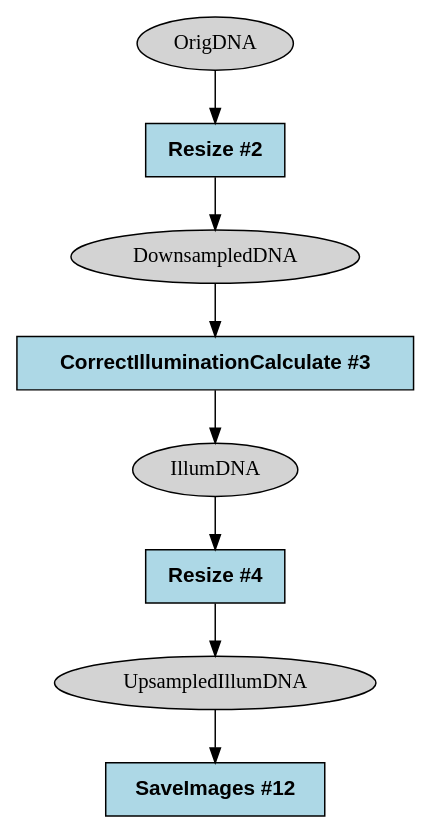
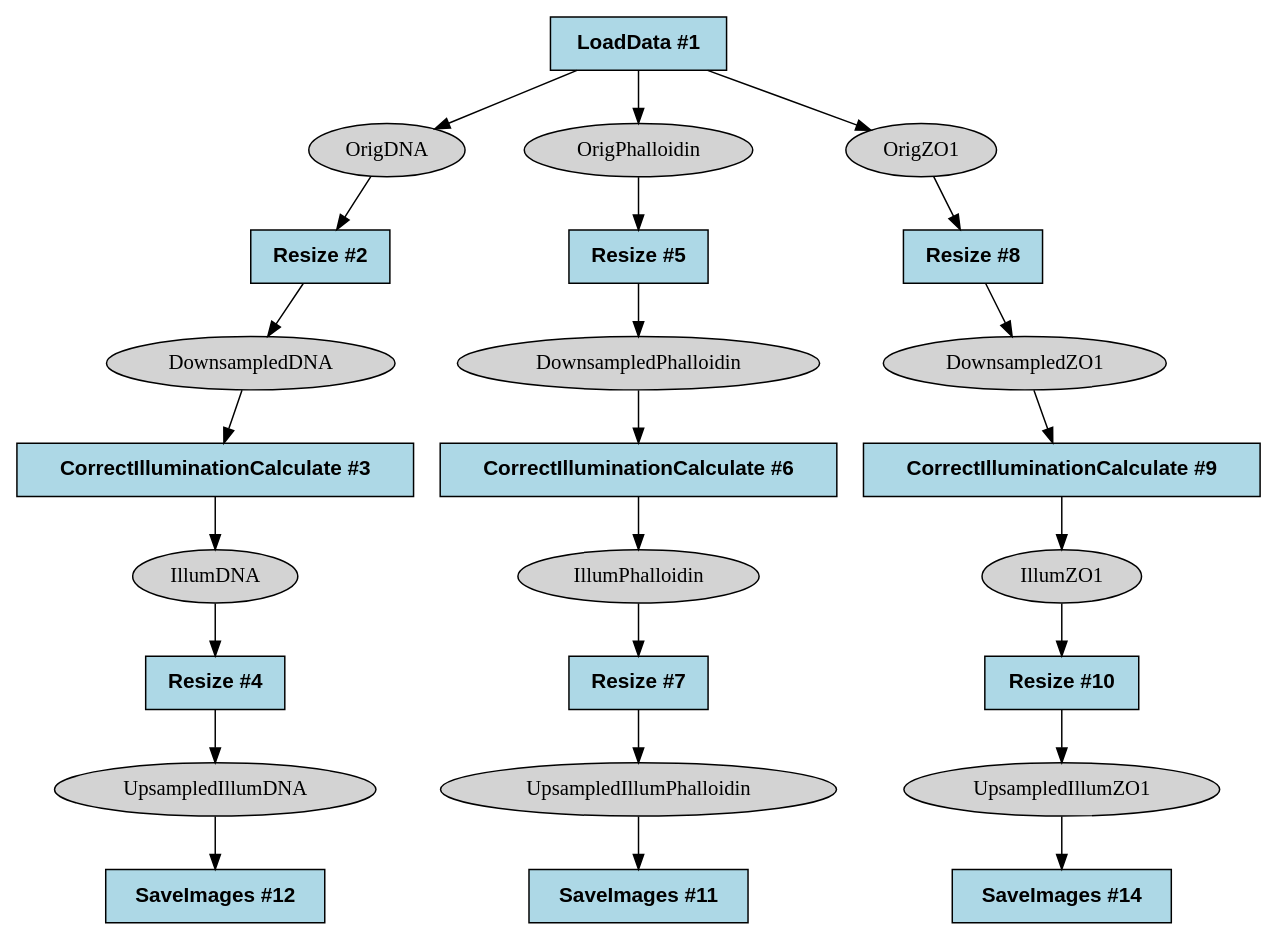
Before and after one commit to shntnu/cp_graph: the diagram in examples/output/illum_filtered.dot, drawn with Graphviz. The commit also changed 13 other files, not shown here.

```diff
--- a/examples/output/illum_filtered.dot
+++ b/examples/output/illum_filtered.dot
@@ -1,17 +1,51 @@
 strict digraph {
+CorrectIlluminationCalculate_2ab137a7 [type=module, label="CorrectIlluminationCalculate #6", module_name=CorrectIlluminationCalculate, module_num=6, original_num=6, stable_id="CorrectIlluminationCalculate_2ab137a7", enabled=True, shape=box, style=filled, fontname="Helvetica-Bold", fillcolor=lightblue];
+CorrectIlluminationCalculate_cd0871b [type=module, label="CorrectIlluminationCalculate #9", module_name=CorrectIlluminationCalculate, module_num=9, original_num=9, stable_id="CorrectIlluminationCalculate_cd0871b", enabled=True, shape=box, style=filled, fontname="Helvetica-Bold", fillcolor=lightblue];
 CorrectIlluminationCalculate_e3750f2a [type=module, label="CorrectIlluminationCalculate #3", module_name=CorrectIlluminationCalculate, module_num=3, original_num=3, stable_id="CorrectIlluminationCalculate_e3750f2a", enabled=True, shape=box, style=filled, fontname="Helvetica-Bold", fillcolor=lightblue];
+LoadData_cbe5cfdf [type=module, label="LoadData #1", module_name=LoadData, module_num=1, original_num=1, stable_id="LoadData_cbe5cfdf", enabled=True, shape=box, style=filled, fontname="Helvetica-Bold", fillcolor=lightblue];
 Resize_32606b38 [type=module, label="Resize #2", module_name=Resize, module_num=2, original_num=2, stable_id="Resize_32606b38", enabled=True, shape=box, style=filled, fontname="Helvetica-Bold", fillcolor=lightblue];
+Resize_6f9ec43f [type=module, label="Resize #10", module_name=Resize, module_num=10, original_num=10, stable_id="Resize_6f9ec43f", enabled=True, shape=box, style=filled, fontname="Helvetica-Bold", fillcolor=lightblue];
+Resize_9779805 [type=module, label="Resize #5", module_name=Resize, module_num=5, original_num=5, stable_id="Resize_9779805", enabled=True, shape=box, style=filled, fontname="Helvetica-Bold", fillcolor=lightblue];
 Resize_a3b11500 [type=module, label="Resize #4", module_name=Resize, module_num=4, original_num=4, stable_id="Resize_a3b11500", enabled=True, shape=box, style=filled, fontname="Helvetica-Bold", fillcolor=lightblue];
+Resize_b00c8387 [type=module, label="Resize #8", module_name=Resize, module_num=8, original_num=8, stable_id="Resize_b00c8387", enabled=True, shape=box, style=filled, fontname="Helvetica-Bold", fillcolor=lightblue];
+Resize_fd94763b [type=module, label="Resize #7", module_name=Resize, module_num=7, original_num=7, stable_id="Resize_fd94763b", enabled=True, shape=box, style=filled, fontname="Helvetica-Bold", fillcolor=lightblue];
+SaveImages_392621f0 [type=module, label="SaveImages #11", module_name=SaveImages, module_num=11, original_num=11, stable_id="SaveImages_392621f0", enabled=True, shape=box, style=filled, fontname="Helvetica-Bold", fillcolor=lightblue];
+SaveImages_46180921 [type=module, label="SaveImages #14", module_name=SaveImages, module_num=14, original_num=14, stable_id="SaveImages_46180921", enabled=True, shape=box, style=filled, fontname="Helvetica-Bold", fillcolor=lightblue];
 SaveImages_4cf7a938 [type=module, label="SaveImages #12", module_name=SaveImages, module_num=12, original_num=12, stable_id="SaveImages_4cf7a938", enabled=True, shape=box, style=filled, fontname="Helvetica-Bold", fillcolor=lightblue];
 image__DownsampledDNA [type=image, label=DownsampledDNA, shape=ellipse, style=filled, fillcolor=lightgray];
+image__DownsampledPhalloidin [type=image, label=DownsampledPhalloidin, shape=ellipse, style=filled, fillcolor=lightgray];
+image__DownsampledZO1 [type=image, label=DownsampledZO1, shape=ellipse, style=filled, fillcolor=lightgray];
 image__IllumDNA [type=image, label=IllumDNA, shape=ellipse, style=filled, fillcolor=lightgray];
+image__IllumPhalloidin [type=image, label=IllumPhalloidin, shape=ellipse, style=filled, fillcolor=lightgray];
+image__IllumZO1 [type=image, label=IllumZO1, shape=ellipse, style=filled, fillcolor=lightgray];
 image__OrigDNA [type=image, label=OrigDNA, shape=ellipse, style=filled, fillcolor=lightgray];
+image__OrigPhalloidin [type=image, label=OrigPhalloidin, shape=ellipse, style=filled, fillcolor=lightgray];
+image__OrigZO1 [type=image, label=OrigZO1, shape=ellipse, style=filled, fillcolor=lightgray];
 image__UpsampledIllumDNA [type=image, label=UpsampledIllumDNA, shape=ellipse, style=filled, fillcolor=lightgray];
+image__UpsampledIllumPhalloidin [type=image, label=UpsampledIllumPhalloidin, shape=ellipse, style=filled, fillcolor=lightgray];
+image__UpsampledIllumZO1 [type=image, label=UpsampledIllumZO1, shape=ellipse, style=filled, fillcolor=lightgray];
+CorrectIlluminationCalculate_2ab137a7 -> image__IllumPhalloidin [type="image_output"];
+CorrectIlluminationCalculate_cd0871b -> image__IllumZO1 [type="image_output"];
 CorrectIlluminationCalculate_e3750f2a -> image__IllumDNA [type="image_output"];
+LoadData_cbe5cfdf -> image__OrigDNA [type="image_output"];
+LoadData_cbe5cfdf -> image__OrigPhalloidin [type="image_output"];
+LoadData_cbe5cfdf -> image__OrigZO1 [type="image_output"];
 Resize_32606b38 -> image__DownsampledDNA [type="image_output"];
+Resize_6f9ec43f -> image__UpsampledIllumZO1 [type="image_output"];
+Resize_9779805 -> image__DownsampledPhalloidin [type="image_output"];
 Resize_a3b11500 -> image__UpsampledIllumDNA [type="image_output"];
+Resize_b00c8387 -> image__DownsampledZO1 [type="image_output"];
+Resize_fd94763b -> image__UpsampledIllumPhalloidin [type="image_output"];
 image__DownsampledDNA -> CorrectIlluminationCalculate_e3750f2a [type="image_input"];
+image__DownsampledPhalloidin -> CorrectIlluminationCalculate_2ab137a7 [type="image_input"];
+image__DownsampledZO1 -> CorrectIlluminationCalculate_cd0871b [type="image_input"];
 image__IllumDNA -> Resize_a3b11500 [type="image_input"];
+image__IllumPhalloidin -> Resize_fd94763b [type="image_input"];
+image__IllumZO1 -> Resize_6f9ec43f [type="image_input"];
 image__OrigDNA -> Resize_32606b38 [type="image_input"];
+image__OrigPhalloidin -> Resize_9779805 [type="image_input"];
+image__OrigZO1 -> Resize_b00c8387 [type="image_input"];
 image__UpsampledIllumDNA -> SaveImages_4cf7a938 [type="image_input"];
+image__UpsampledIllumPhalloidin -> SaveImages_392621f0 [type="image_input"];
+image__UpsampledIllumZO1 -> SaveImages_46180921 [type="image_input"];
 }
```
